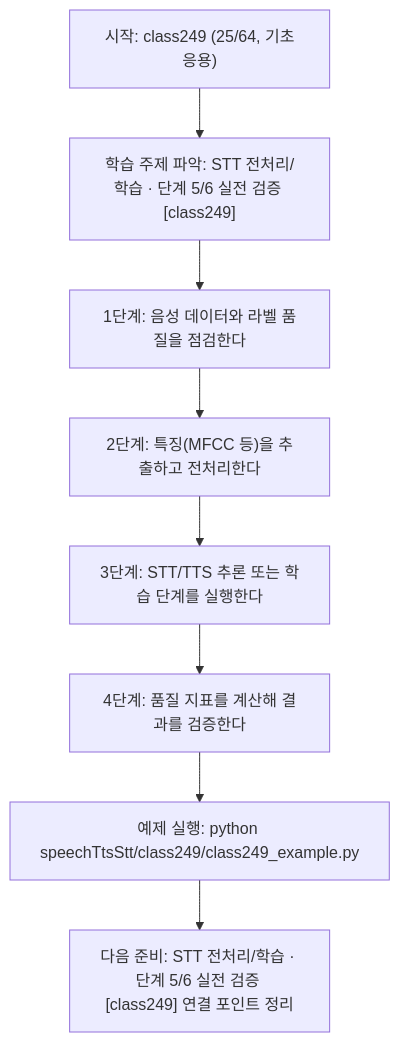
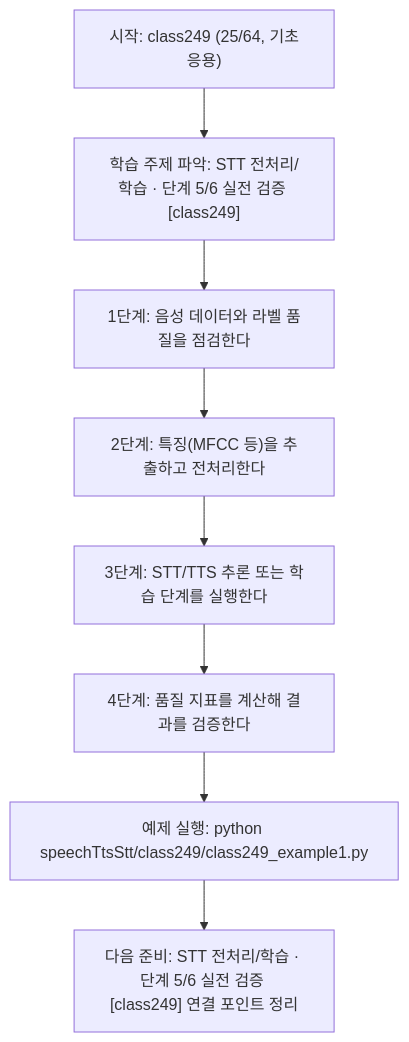
The diagram in speechTtsStt/class249/class249.md (edumgt/Python-AI_Agent-Class), drawn with Mermaid before and after one commit. The commit also changed other lines of this file and 2959 other files, not shown here.

````diff
--- a/speechTtsStt/class249/class249.md
+++ b/speechTtsStt/class249/class249.md
@@ -114,18 +114,18 @@
 ```mermaid
 flowchart TD
 N1["시작: class249 (25/64, 기초응용)"]
 N2["학습 주제 파악: STT 전처리/학습 · 단계 5/6 실전 검증 [class249]"]
 N3["1단계: 음성 데이터와 라벨 품질을 점검한다"]
 N4["2단계: 특징(MFCC 등)을 추출하고 전처리한다"]
 N5["3단계: STT/TTS 추론 또는 학습 단계를 실행한다"]
 N6["4단계: 품질 지표를 계산해 결과를 검증한다"]
-N7["예제 실행: python speechTtsStt/class249/class249_example.py"]
+N7["예제 실행: python speechTtsStt/class249/class249_example1.py"]
 N8["다음 준비: STT 전처리/학습 · 단계 5/6 실전 검증 [class249] 연결 포인트 정리"]
 N1 --> N2
 N2 --> N3
 N3 --> N4
 N4 --> N5
 N5 --> N6
 N6 --> N7
 N7 --> N8
 ```
````
